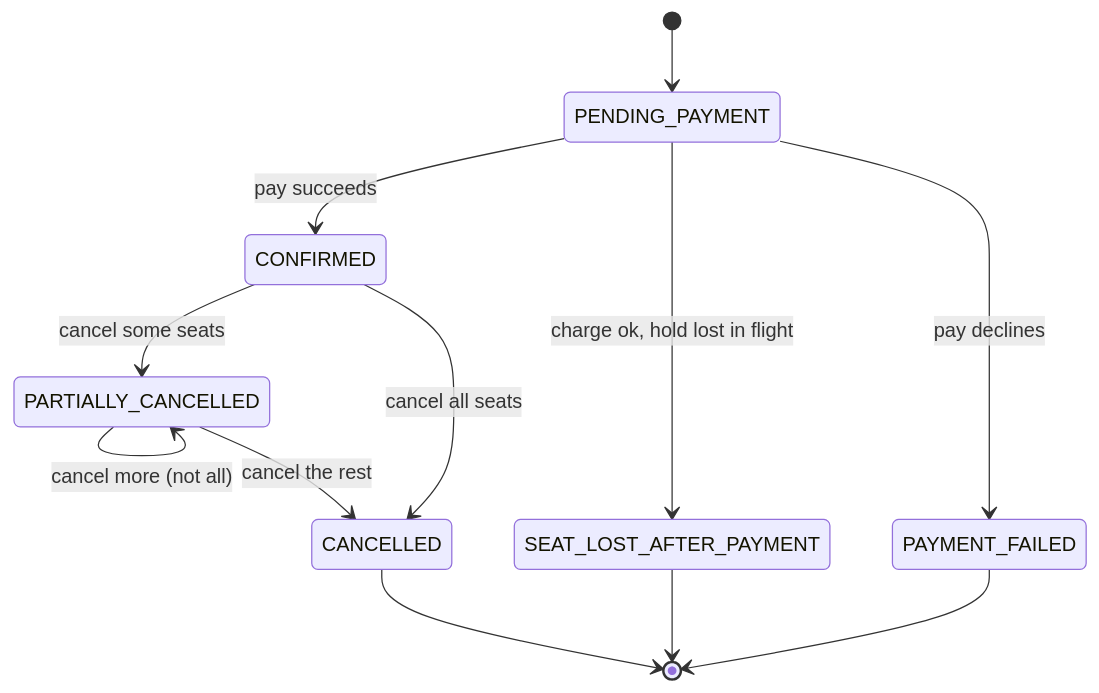
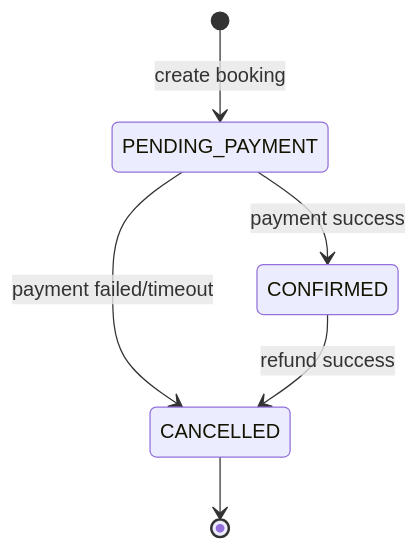
Before and after one commit to valarmorghulis42/cineagent: the third of 3 diagrams in README.md, drawn with Mermaid. The commit also changed other lines of this file, not shown here.

````diff
--- a/README.md
+++ b/README.md
@@ -357,14 +109,8 @@
 ```mermaid
 stateDiagram-v2
-    [*] --> PENDING_PAYMENT
-    PENDING_PAYMENT --> CONFIRMED: pay succeeds
-    PENDING_PAYMENT --> PAYMENT_FAILED: pay declines
-    PENDING_PAYMENT --> SEAT_LOST_AFTER_PAYMENT: charge ok, hold lost in flight
-    CONFIRMED --> PARTIALLY_CANCELLED: cancel some seats
-    CONFIRMED --> CANCELLED: cancel all seats
-    PARTIALLY_CANCELLED --> PARTIALLY_CANCELLED: cancel more (not all)
-    PARTIALLY_CANCELLED --> CANCELLED: cancel the rest
-    PAYMENT_FAILED --> [*]
-    SEAT_LOST_AFTER_PAYMENT --> [*]
+    [*] --> PENDING_PAYMENT : create booking
+    PENDING_PAYMENT --> CONFIRMED : payment success
+    PENDING_PAYMENT --> CANCELLED : payment failed/timeout
+    CONFIRMED --> CANCELLED : refund success
     CANCELLED --> [*]
 ```
````
